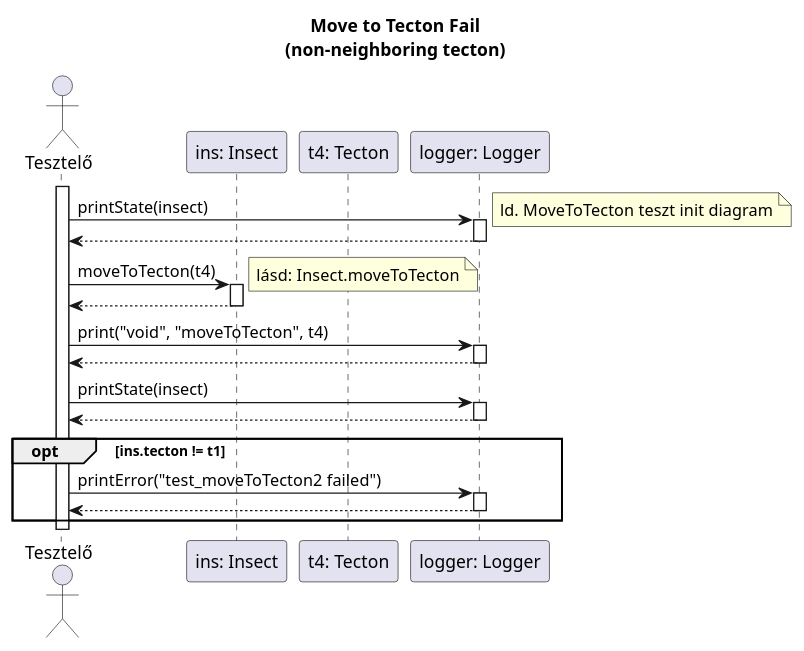
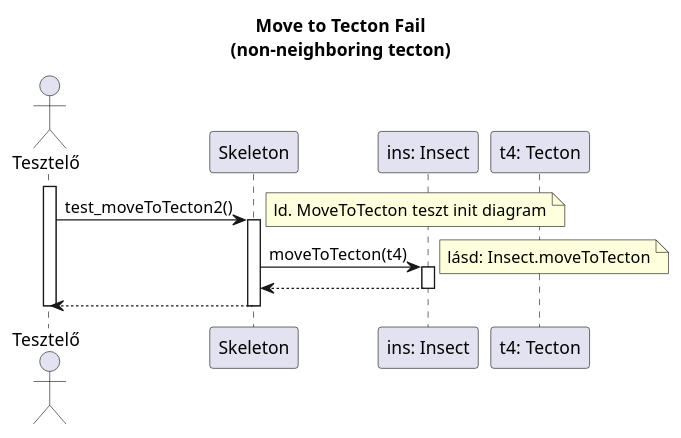
Before and after one commit to dzsem/projlab: the diagram in diagrams/test-sequence/insect/moveToTecton2.plantuml, drawn with PlantUML. The commit also changed 5 other files, not shown here.

Commit message:
Add Skeleton call and remove logger mentions

```diff
--- a/diagrams/test-sequence/insect/moveToTecton2.plantuml
+++ b/diagrams/test-sequence/insect/moveToTecton2.plantuml
@@ -1,48 +1,36 @@
 @startuml test_moveToTecton2
 
 title Move to Tecton Fail\n(non-neighboring tecton)
 
 actor "Tesztelő" as t
+participant "Skeleton" as ske
 participant "ins: Insect" as i
 participant "t4: Tecton" as t4
-participant "logger: Logger" as logger
 
 activate t
 
-t -> logger: printState(insect)
+t -> ske: test_moveToTecton2()
 note right: ld. MoveToTecton teszt init diagram
-activate logger
+activate ske
+	ske -> i: moveToTecton(t4)
+	activate i
+	note right: lásd: Insect.moveToTecton
 
-t <-- logger
-deactivate logger
+	ske <-- i
+	deactivate i
 
-t -> i: moveToTecton(t4)
-activate i
-note right: lásd: Insect.moveToTecton
+'	opt ins.tecton != t1
+'		t -> logger: printError("test_moveToTecton2 failed")
+'		activate logger
+'
+'		t <-- logger
+'		deactivate logger
+'	end
 
-t <-- i
-deactivate i
-
-t -> logger: print("void", "moveToTecton", t4)
-activate logger
-
-t <-- logger
-deactivate logger
-
-t -> logger: printState(insect)
-activate logger
-t <-- logger
-deactivate logger
-
-opt ins.tecton != t1
-	t -> logger: printError("test_moveToTecton2 failed")
-	activate logger
-
-	t <-- logger
-	deactivate logger
-end
+t <-- ske
+deactivate ske
 
 deactivate t
 
 
 @enduml
```
